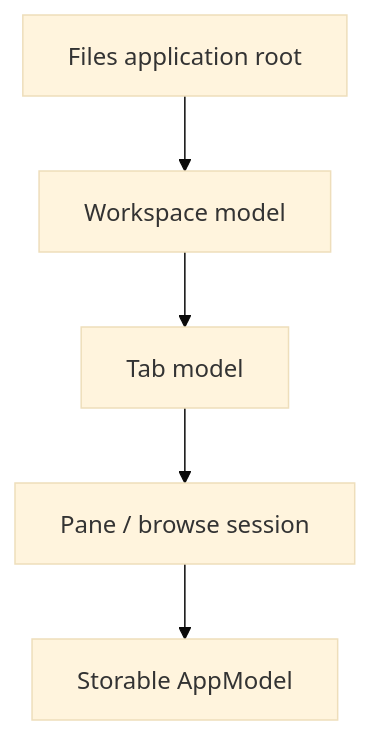
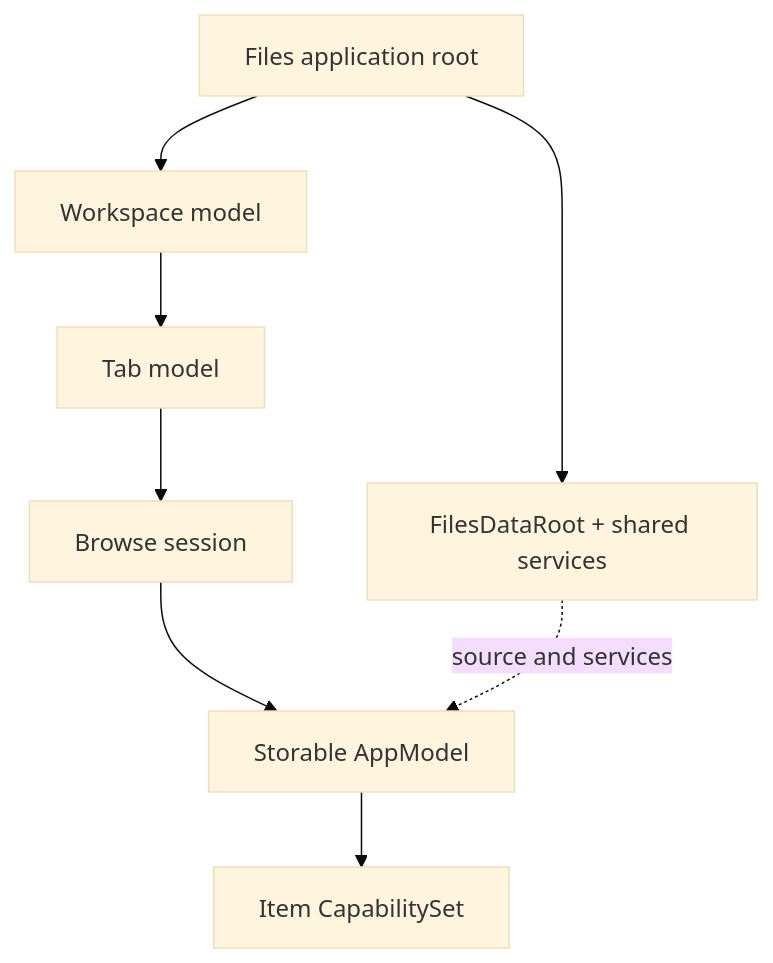
Before and after one commit to 0x5bfa/Files: the second of 2 diagrams in docs/architecture/README.md, drawn with Mermaid (base theme). The commit also changed other lines of this file and 63 other files, not shown here.

````diff
--- a/docs/architecture/README.md
+++ b/docs/architecture/README.md
@@ -44,13 +52,18 @@
 ```mermaid
 flowchart TB
     Root["Files application root"]
+    DataRoot["FilesDataRoot + shared services"]
     Workspace["Workspace model"]
     Tab["Tab model"]
-    Pane["Pane / browse session"]
+    Session["Browse session"]
     Item["Storable AppModel"]
+    Set["Item CapabilitySet"]
 
+    Root --> DataRoot
     Root --> Workspace
     Workspace --> Tab
-    Tab --> Pane
-    Pane --> Item
+    Tab --> Session
+    Session --> Item
+    Item --> Set
+    DataRoot -. source and services .-> Item
 ```
````
